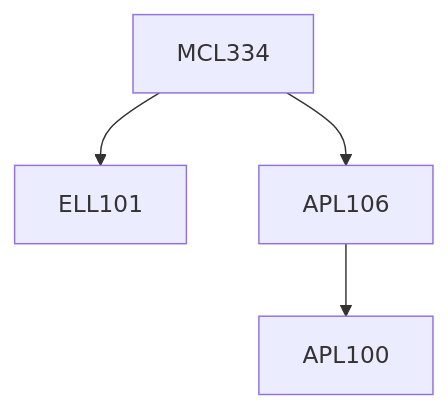
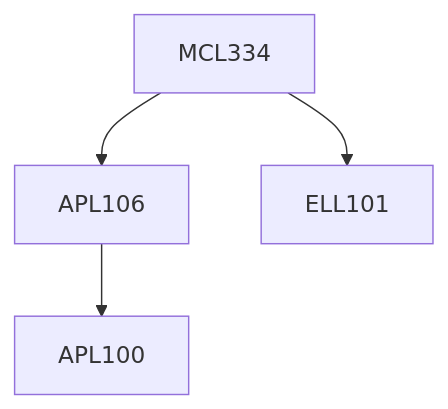
The diagram in content/Mechanical Engineering/MCL334.md (KeshavBansal0122/CoS_Website), drawn with Mermaid before and after one commit. The commit also changed other lines of this file and 392 other files, not shown here.

````diff
--- a/content/Mechanical Engineering/MCL334.md
+++ b/content/Mechanical Engineering/MCL334.md
@@ -17,10 +17,10 @@
 ```mermaid
 flowchart TD
 MCL334-1425[MCL334]
+MCL334-1425 --> APL106-1425[APL106]
 MCL334-1425 --> ELL101-1425[ELL101]
-MCL334-1425 --> APL106-1425[APL106]
 APL106-1425 --> APL100-1425[APL100]
 
 classDef empty height:17px, fill:transparent, stroke:transparent;
 classDef trueEmpty height:0px, width:0px;
 ```
````
